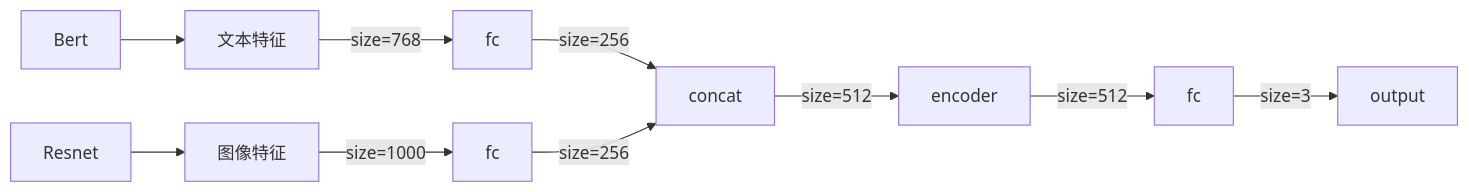
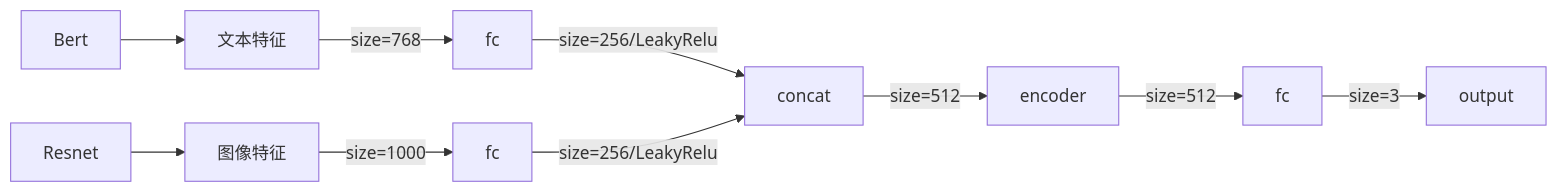
One commit to GentleCold/multimodal_sentiment_analysis changed the second of 2 diagrams in REPORT.md. Above: the diagram before and after it, drawn with Mermaid. The commit also changed other lines of this file and 6 other files, not shown here.

````diff
--- a/REPORT.md
+++ b/REPORT.md
@@ -124,7 +128,7 @@
 ```mermaid
 flowchart LR
-    Bert --> 文本特征 --size=768-->a[fc]--size=256--> concat
-    Resnet --> 图像特征 --size=1000-->b[fc]--size=256--> concat
+    Bert --> 文本特征 --size=768-->a[fc]--size=256/LeakyRelu--> concat
+    Resnet --> 图像特征 --size=1000-->b[fc]--size=256/LeakyRelu--> concat
     concat --size=512--> encoder
     encoder --size=512--> fc --size=3--> output
 ```
````
